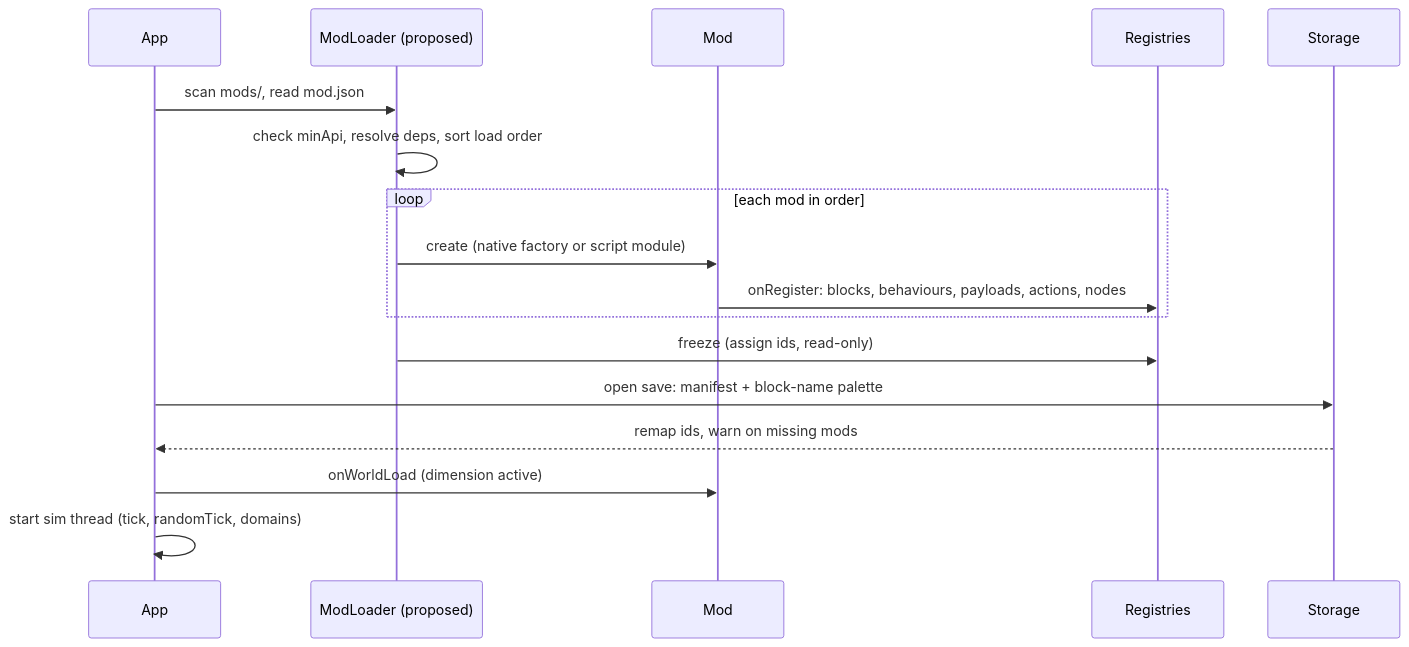
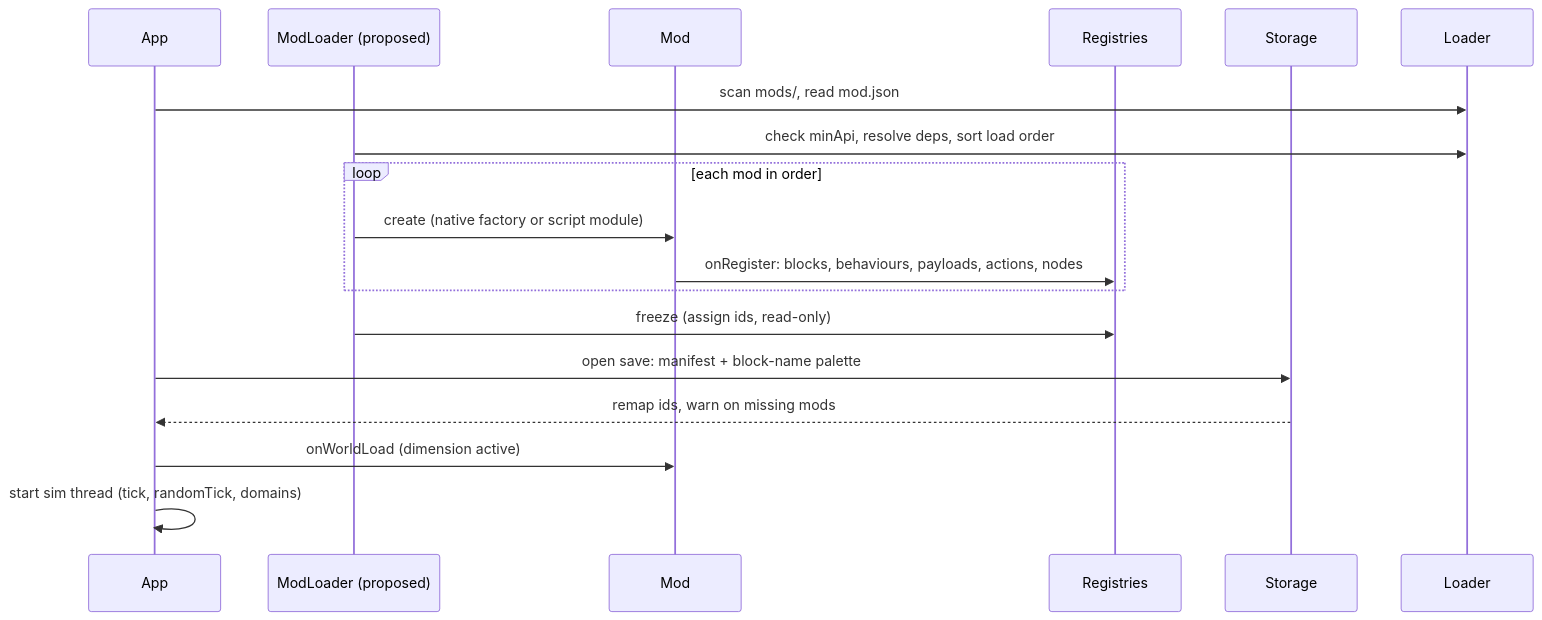
The second of 3 diagrams in docs/SDK.md (wetwaferworks/LithoKraft), drawn with Mermaid before and after one commit. The commit also changed other lines of this file and 18 other files, not shown here.

````diff
--- a/docs/SDK.md
+++ b/docs/SDK.md
@@ -213,19 +213,19 @@
 ```mermaid
 sequenceDiagram
   participant App
-  participant Loader as ModLoader (proposed)
+  participant cLoader as ModLoader (proposed)
   participant Mod
   participant Reg as Registries
   participant Store as Storage
   App->>Loader: scan mods/, read mod.json
-  Loader->>Loader: check minApi, resolve deps, sort load order
+  cLoader->>Loader: check minApi, resolve deps, sort load order
   loop each mod in order
-    Loader->>Mod: create (native factory or script module)
+    cLoader->>Mod: create (native factory or script module)
     Mod->>Reg: onRegister: blocks, behaviours, payloads, actions, nodes
   end
-  Loader->>Reg: freeze (assign ids, read-only)
+  cLoader->>Reg: freeze (assign ids, read-only)
   App->>Store: open save: manifest + block-name palette
   Store-->>App: remap ids, warn on missing mods
   App->>Mod: onWorldLoad (dimension active)
   App->>App: start sim thread (tick, randomTick, domains)
 ```
````
